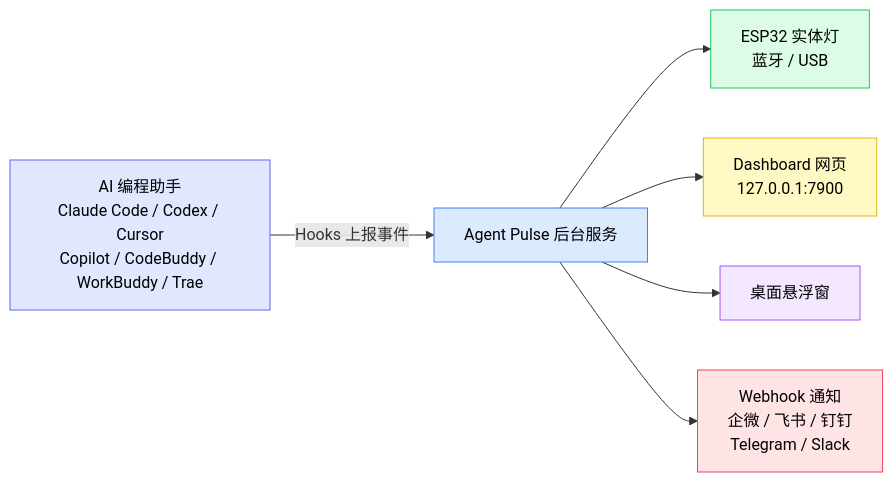
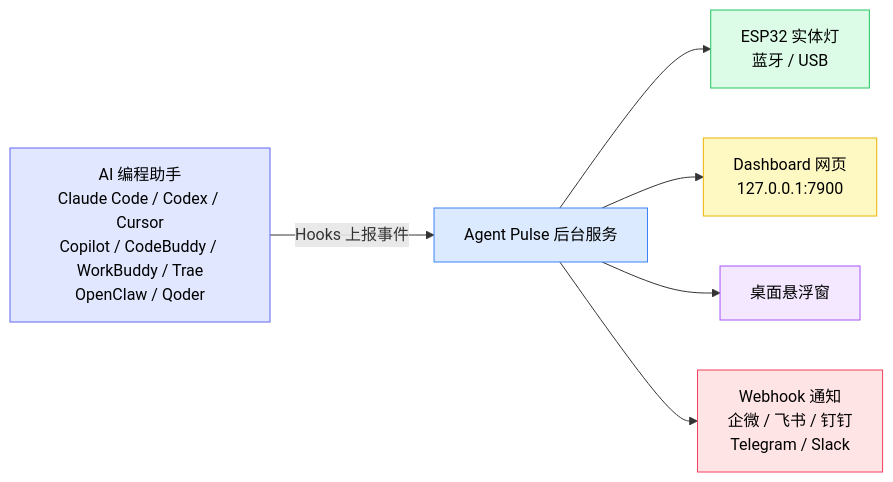
Before and after one commit to lzty634158-oss/agent-pulse-release: the first of 5 diagrams in README.zh-CN.md, drawn with Mermaid. The commit also changed other lines of this file, not shown here.

````diff
--- a/README.zh-CN.md
+++ b/README.zh-CN.md
@@ -15,15 +15,15 @@
 ```mermaid
 graph LR
-    A["AI 编程助手<br/>Claude Code / Codex / Cursor<br/>Copilot / CodeBuddy / WorkBuddy / Trae"] -->|"Hooks 上报事件"| B["Agent Pulse 后台服务"]
+    A["AI 编程助手<br/>Claude Code / Codex / Cursor<br/>Copilot / CodeBuddy / WorkBuddy / Trae<br/>OpenClaw / Qoder"] -->|"Hooks 上报事件"| B["Agent Pulse 后台服务"]
     B --> C["ESP32 实体灯<br/>蓝牙 / USB"]
     B --> D["Dashboard 网页<br/>127.0.0.1:7900"]
     B --> E["桌面悬浮窗"]
     B --> F["Webhook 通知<br/>企微 / 飞书 / 钉钉<br/>Telegram / Slack"]
 
     style A fill:#e0e7ff,stroke:#6366f1,color:#000
     style B fill:#dbeafe,stroke:#3b82f6,color:#000
     style C fill:#dcfce7,stroke:#22c55e,color:#000
     style D fill:#fef9c3,stroke:#eab308,color:#000
     style E fill:#f3e8ff,stroke:#a855f7,color:#000
     style F fill:#ffe4e6,stroke:#f43f5e,color:#000
 ```
````
